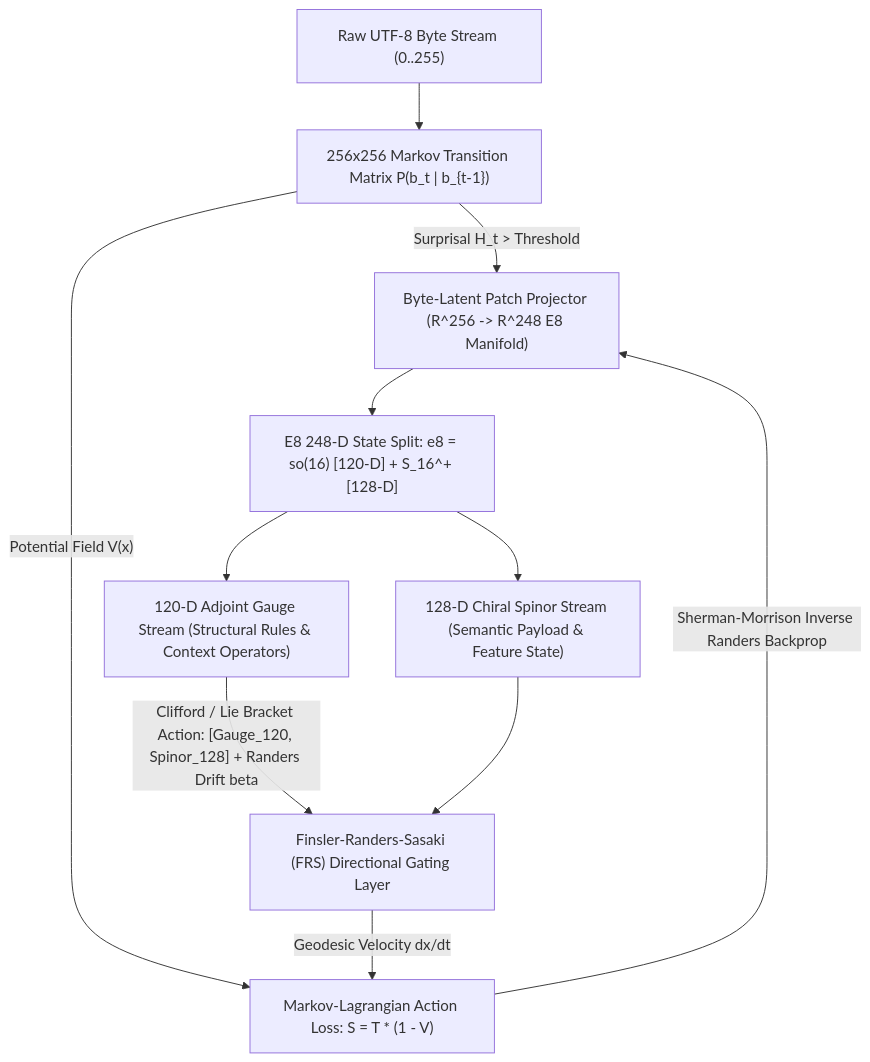
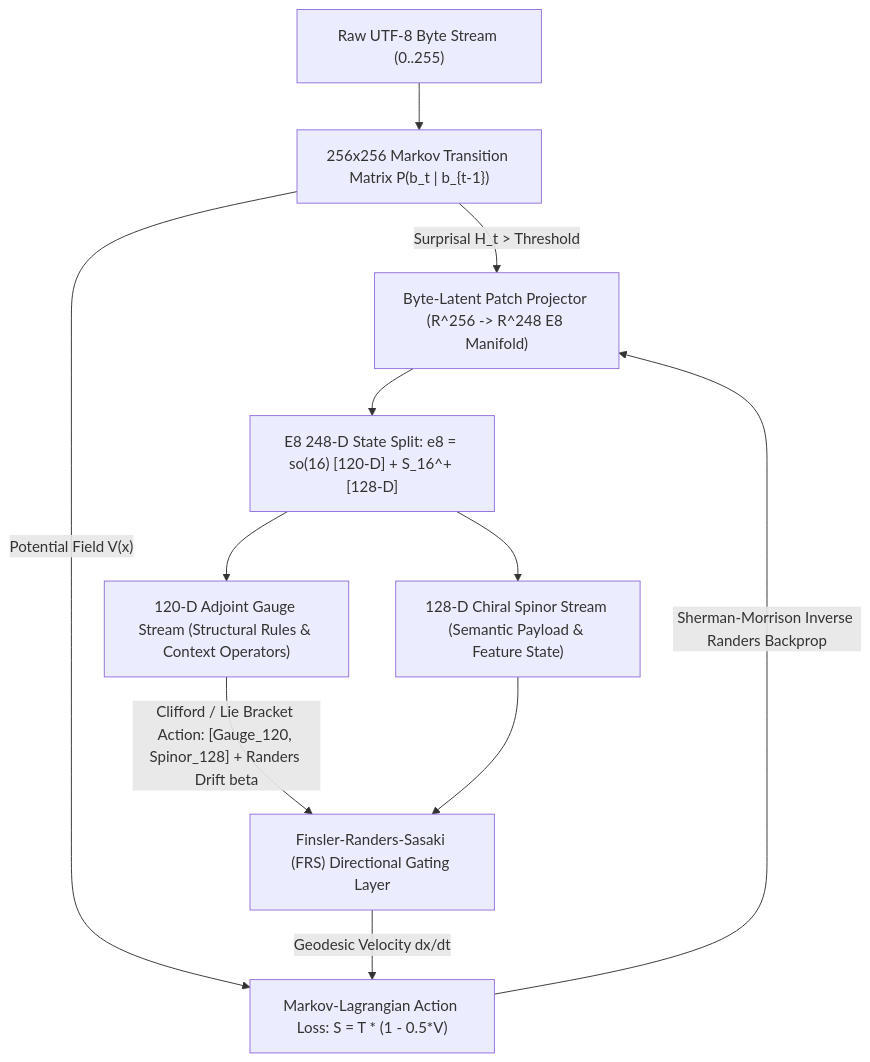
The diagram in ROADMAP.md (SK-Infidel/CARTAN-E8), drawn with Mermaid before and after one commit. The commit also changed other lines of this file and 12 other files, not shown here.

Commit message:
feat(cartan-e8): implement GeoMind v2 Phases 1-4 (120+128 E8 Gauge-Spinor, Finsler-Randers, Markov-Lagrangian, Byte-Latent & Crawler)

````diff
--- a/ROADMAP.md
+++ b/ROADMAP.md
@@ -22,13 +22,13 @@
 ```mermaid
 flowchart TD
     A["Raw UTF-8 Byte Stream (0..255)"] --> B["256x256 Markov Transition Matrix P(b_t | b_{t-1})"]
     B -->|"Surprisal H_t > Threshold"| C["Byte-Latent Patch Projector (R^256 -> R^248 E8 Manifold)"]
-    B -->|"Potential Field V(x)"| G["Markov-Lagrangian Action Loss: S = T * (1 - V)"]
+    B -->|"Potential Field V(x)"| G["Markov-Lagrangian Action Loss: S = T * (1 - 0.5*V)"]
     C --> D["E8 248-D State Split: e8 = so(16) [120-D] + S_16^+ [128-D]"]
     D --> E1["120-D Adjoint Gauge Stream (Structural Rules & Context Operators)"]
     D --> E2["128-D Chiral Spinor Stream (Semantic Payload & Feature State)"]
     E1 -->|"Clifford / Lie Bracket Action: [Gauge_120, Spinor_128] + Randers Drift beta"| F["Finsler-Randers-Sasaki (FRS) Directional Gating Layer"]
     E2 --> F
     F -->|"Geodesic Velocity dx/dt"| G
     G -->|"Sherman-Morrison Inverse Randers Backprop"| C
 ```
````
